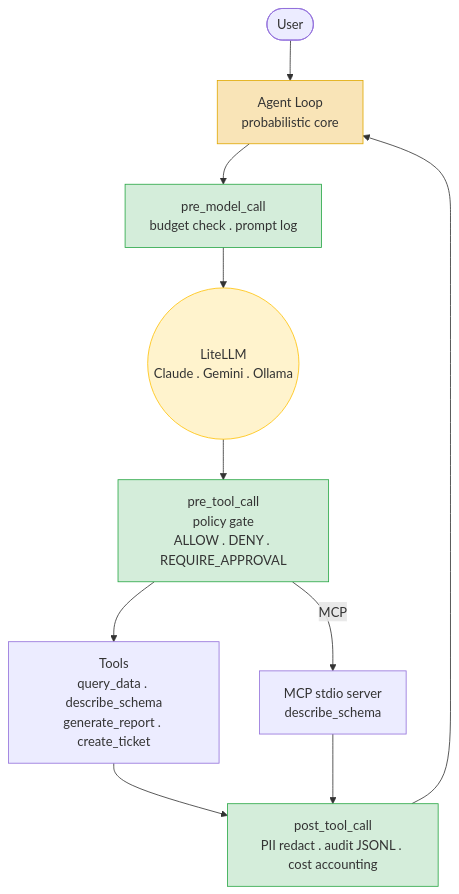
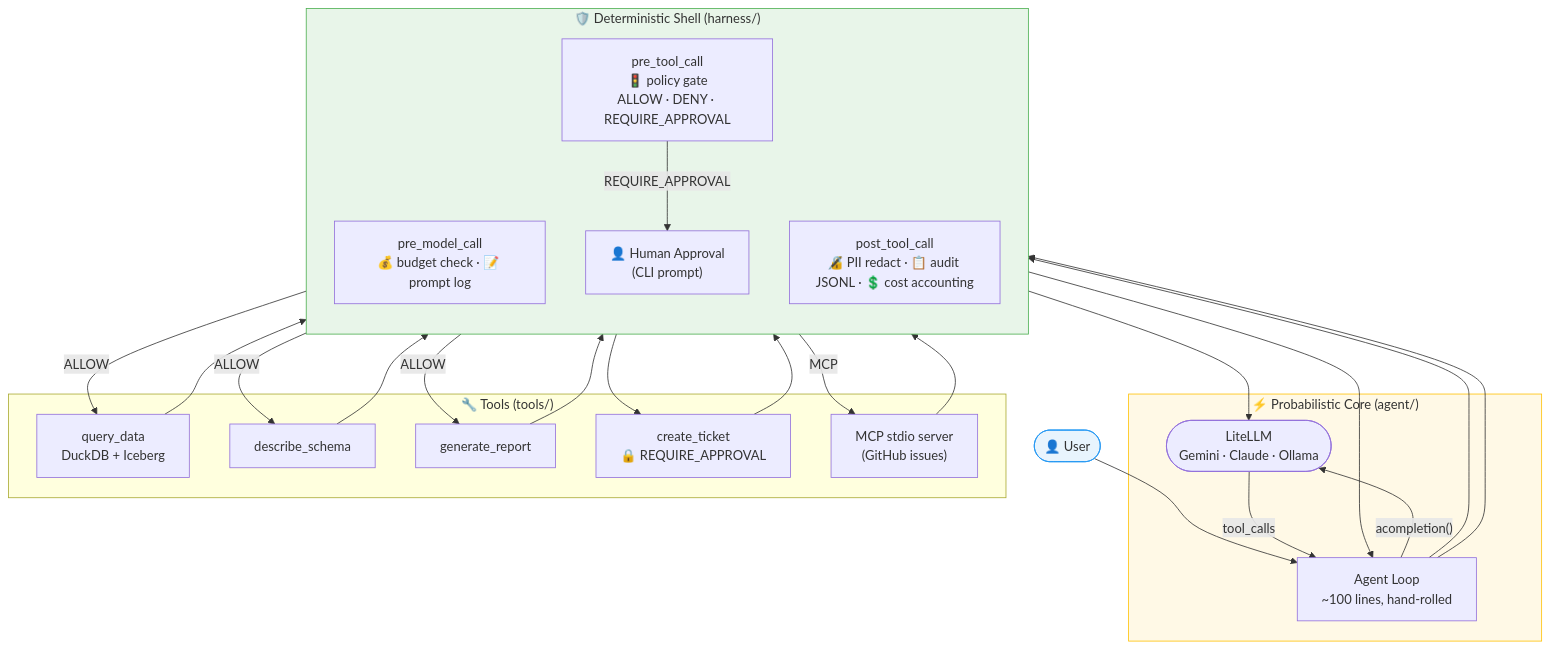
Before and after one commit to joelpoc/agent-harness: the diagram in README.md, drawn with Mermaid. The commit also changed other lines of this file, not shown here.

Commit message:
docs: redesign README — new tagline, improved Mermaid diagram, demo table

````diff
--- a/README.md
+++ b/README.md
@@ -15,18 +20,41 @@
 ```mermaid
 flowchart TD
-    U([User]) --> L[Agent Loop\nprobabilistic core]
-    L --> HPC[pre_model_call\nbudget check . prompt log]
-    HPC --> M((LiteLLM\nClaude . Gemini . Ollama))
-    M --> HTC[pre_tool_call\npolicy gate\nALLOW . DENY . REQUIRE_APPROVAL]
-    HTC --> T[Tools\nquery_data . describe_schema\ngenerate_report . create_ticket]
-    T --> HPTC[post_tool_call\nPII redact . audit JSONL . cost accounting]
-    HPTC --> L
-    HTC --> |MCP| MCP[MCP stdio server\ndescribe_schema]
-    MCP --> HPTC
+    U(["👤 User"]):::user --> L
 
-    style L fill:#f9e4b7,stroke:#e0a800
-    style HPC fill:#d4edda,stroke:#28a745
-    style HTC fill:#d4edda,stroke:#28a745
-    style HPTC fill:#d4edda,stroke:#28a745
-    style M fill:#fff3cd,stroke:#ffc107
+    subgraph CORE ["⚡ Probabilistic Core  (agent/)"]
+        L["Agent Loop\n~100 lines, hand-rolled"]
+        M(["LiteLLM\nGemini · Claude · Ollama"])
+        L -- "acompletion()" --> M
+        M -- "tool_calls" --> L
+    end
+
+    subgraph SHELL ["🛡️ Deterministic Shell  (harness/)"]
+        direction TB
+        H1["pre_model_call\n💰 budget check · 📝 prompt log"]
+        H2["pre_tool_call\n🚦 policy gate\nALLOW · DENY · REQUIRE_APPROVAL"]
+        H3["post_tool_call\n🔏 PII redact · 📋 audit JSONL · 💲 cost accounting"]
+        AP["👤 Human Approval\n(CLI prompt)"]
+    end
+
+    subgraph TOOLS ["🔧 Tools  (tools/)"]
+        T1["query_data\nDuckDB + Iceberg"]
+        T2["describe_schema"]
+        T3["generate_report"]
+        T4["create_ticket\n🔒 REQUIRE_APPROVAL"]
+        MCP["MCP stdio server\n(GitHub issues)"]
+    end
+
+    L --> H1 --> M
+    L --> H2
+    H2 -->|ALLOW| T1 & T2 & T3
+    H2 -->|REQUIRE_APPROVAL| AP --> T4
+    H2 -->|MCP| MCP
+    T1 & T2 & T3 & T4 & MCP --> H3 --> L
+
+    classDef user fill:#e8f4fd,stroke:#2196F3
+    classDef core fill:#fff9e6,stroke:#FFC107
+    classDef shell fill:#e8f5e9,stroke:#4CAF50
+    class CORE core
+    class SHELL shell
+    class U user
 ```
````
